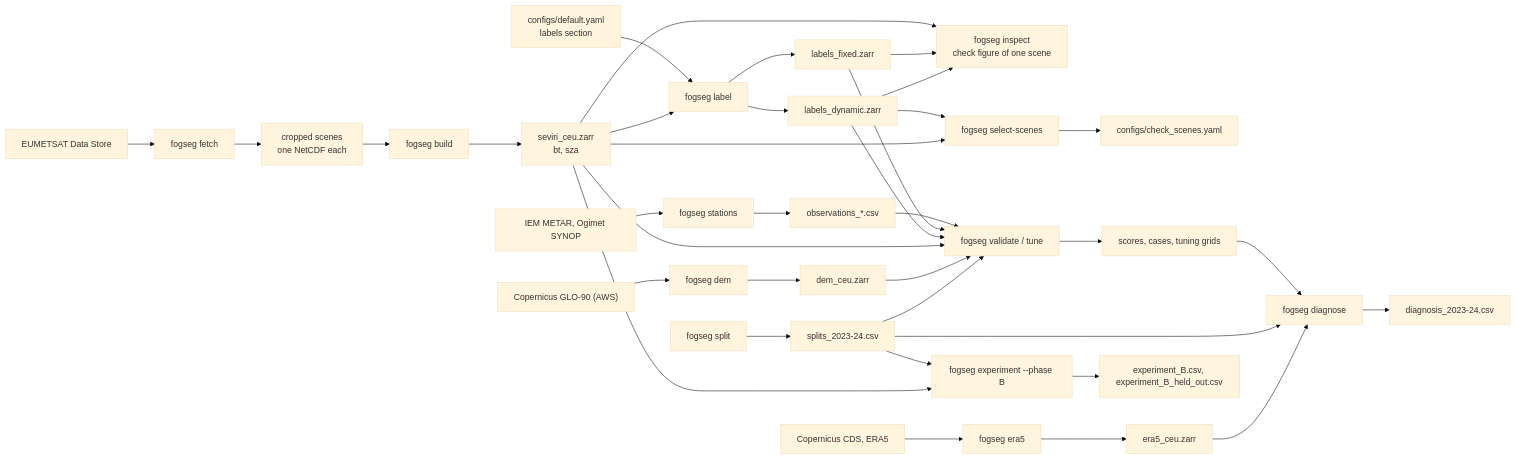
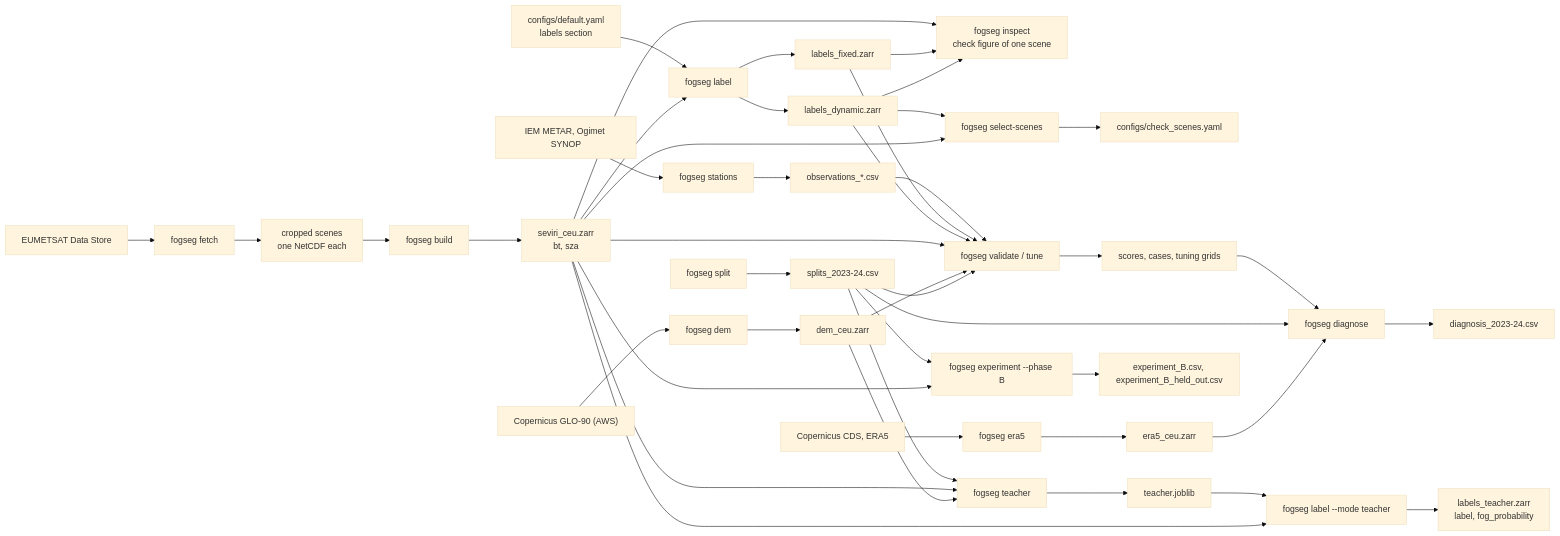
One commit to muhammettcepi/seviri-fog-segmentation changed the diagram in README.md. Above: the diagram before and after it, drawn with Mermaid (base theme). The commit also changed other lines of this file and 2 other files, not shown here.

Commit message:
Write the phase C results: teacher, correction, held-out comparison, not kept

````diff
--- a/README.md
+++ b/README.md
@@ -99,38 +102,45 @@
 ```mermaid
 flowchart LR
     store["EUMETSAT Data Store"] --> fetch["fogseg fetch"]
     fetch --> scenes["cropped scenes<br/>one NetCDF each"]
     scenes --> build["fogseg build"]
     build --> data["seviri_ceu.zarr<br/>bt, sza"]
     config["configs/default.yaml<br/>labels section"] --> label["fogseg label"]
     data --> label
     label --> fixed["labels_fixed.zarr"]
     label --> dynamic["labels_dynamic.zarr"]
     data --> inspect["fogseg inspect<br/>check figure of one scene"]
     fixed --> inspect
     dynamic --> inspect
     dynamic --> select["fogseg select-scenes"]
     data --> select
     select --> check["configs/check_scenes.yaml"]
     iem["IEM METAR, Ogimet SYNOP"] --> stations["fogseg stations"]
     stations --> obs["observations_*.csv"]
     obs --> validate["fogseg validate / tune"]
     fixed --> validate
     dynamic --> validate
     data --> validate
     validate --> scores["scores, cases, tuning grids"]
     glo["Copernicus GLO-90 (AWS)"] --> dem["fogseg dem"]
     dem --> demstore["dem_ceu.zarr"]
     demstore --> validate
     cds["Copernicus CDS, ERA5"] --> era5["fogseg era5"]
     era5 --> era5store["era5_ceu.zarr"]
     split["fogseg split"] --> folds["splits_2023-24.csv"]
     folds --> validate
     scores --> diagnose["fogseg diagnose"]
     folds --> diagnose
     era5store --> diagnose
     diagnose --> diagnosis["diagnosis_2023-24.csv"]
     folds --> experiment["fogseg experiment --phase B"]
     data --> experiment
     experiment --> expB["experiment_B.csv, experiment_B_held_out.csv"]
+    folds --> teacher["fogseg teacher"]
+    data --> teacher
+    demstore --> teacher
+    teacher --> model["teacher.joblib"]
+    model --> labelteacher["fogseg label --mode teacher"]
+    data --> labelteacher
+    labelteacher --> teacherstore["labels_teacher.zarr<br/>label, fog_probability"]
 ```
````
